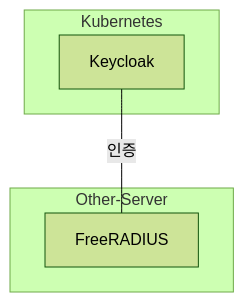
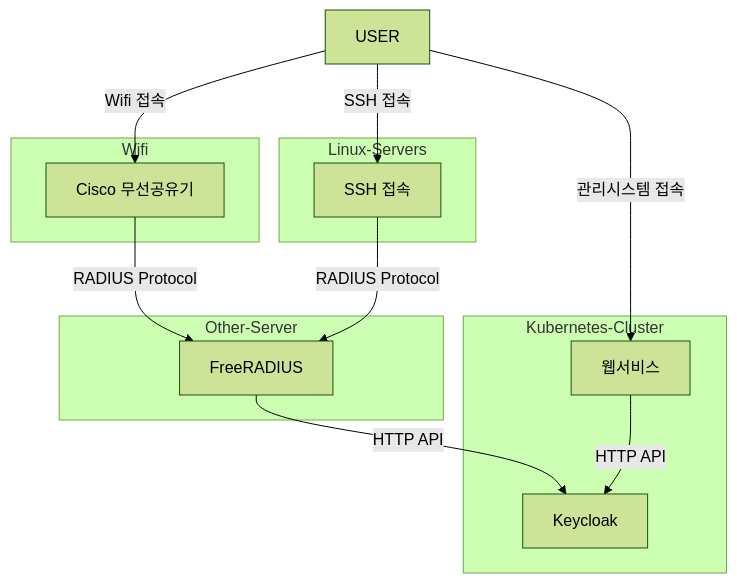
One commit to socar-inc/socar-inc.github.io changed the diagram in _posts/2019-07-31-keycloak-sso.md. Above: the diagram before and after it, drawn with Mermaid (forest theme). The commit also changed 1 other file, not shown here.

Commit message:
modify post

```diff
--- a/_posts/2019-07-31-keycloak-sso.md
+++ b/_posts/2019-07-31-keycloak-sso.md
@@ -73,11 +73,27 @@
 <div class="mermaid">
 graph TD;
-  subgraph Kubernetes
+  subgraph Wifi
+    CISCO_ROUTER[Cisco 무선공유기]
+  end
+
+  subgraph Linux-Servers
+    PAM_RADIUS[SSH 접속]
+  end
+
+  subgraph Kubernetes-Cluster
     KEYCLOAK[Keycloak]
+    WEB_APP[웹서비스]
   end
   
   subgraph Other-Server
     FREE_RADIUS[FreeRADIUS]
   end
-  KEYCLOAK---|인증|FREE_RADIUS
+
+  CISCO_ROUTER-->|RADIUS Protocol|FREE_RADIUS
+  FREE_RADIUS-->|HTTP API|KEYCLOAK
+  WEB_APP-->|HTTP API|KEYCLOAK
+  PAM_RADIUS -->|RADIUS Protocol|FREE_RADIUS
+  USER -->|관리시스템 접속|WEB_APP
+  USER -->|Wifi 접속|CISCO_ROUTER
+  USER -->|SSH 접속|PAM_RADIUS
 </div>
```
